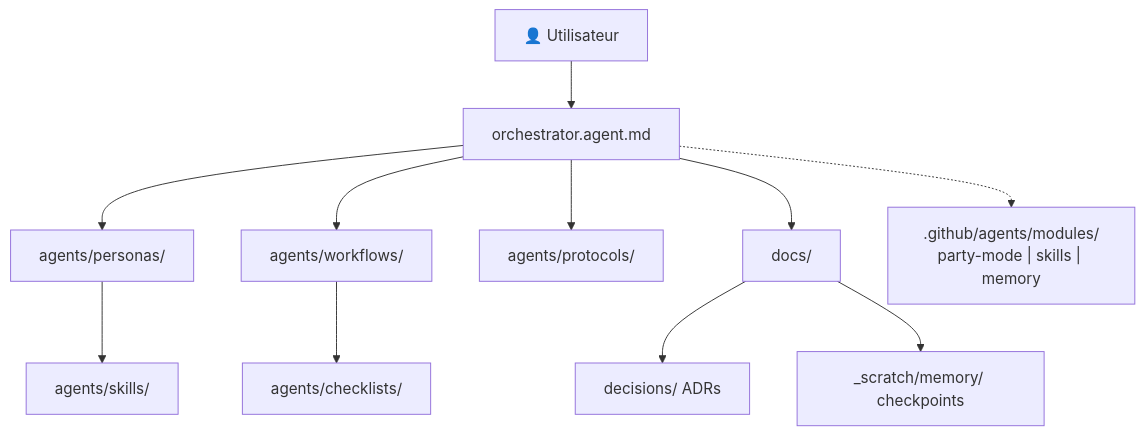
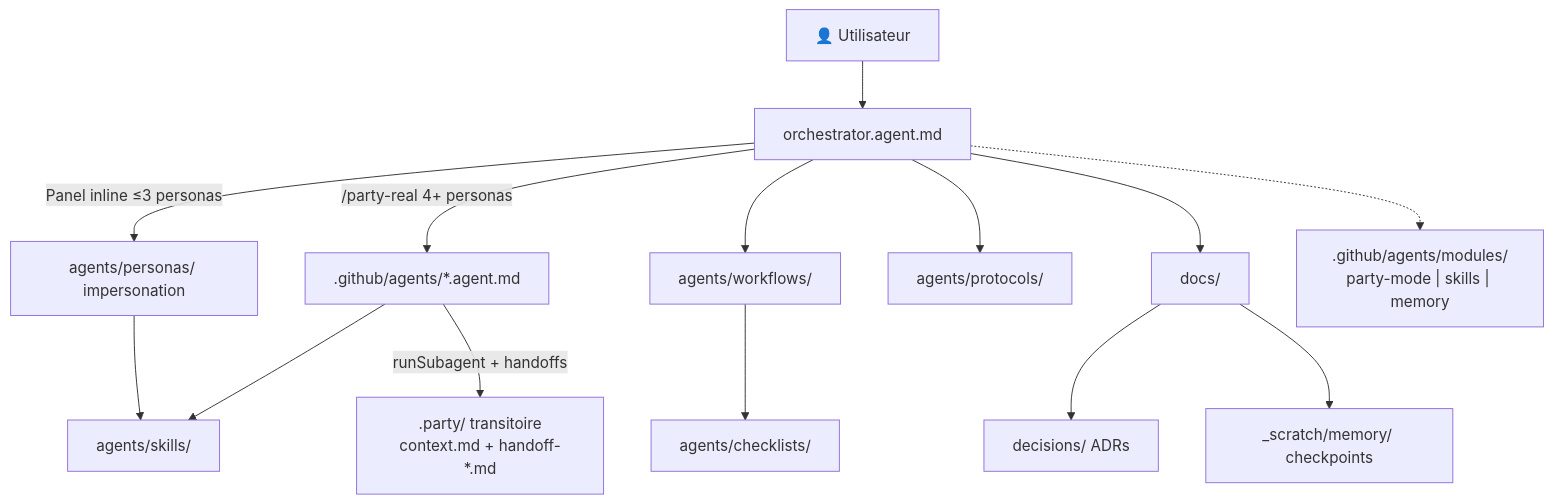
One commit to zavrocKk/zav-sandbox changed the diagram in README.md. Above: the diagram before and after it, drawn with Mermaid. The commit also changed other lines of this file and 17 other files, not shown here.

First line of the commit message:
feat: introduce /party-real mode with real subagents (phase 9.1)

````diff
--- a/README.md
+++ b/README.md
@@ -174,13 +184,16 @@
 ```mermaid
 flowchart TD
     U[👤 Utilisateur] --> O[orchestrator.agent.md]
-    O --> P[agents/personas/]
+    O -->|Panel inline ≤3 personas| P[agents/personas/ impersonation]
+    O -->|/party-real 4+ personas| SA[.github/agents/*.agent.md]
+    SA -->|runSubagent + handoffs| PARTY[".party/ transitoire\ncontext.md + handoff-*.md"]
     O --> W[agents/workflows/]
     O --> PR[agents/protocols/]
     P --> S[agents/skills/]
+    SA --> S
     O --> D[docs/]
     D --> DEC[decisions/ ADRs]
     D --> SCR[_scratch/memory/ checkpoints]
     W --> CHKL[agents/checklists/]
     O -.-> MOD[".github/agents/modules/\nparty-mode | skills | memory"]
 ```
````
